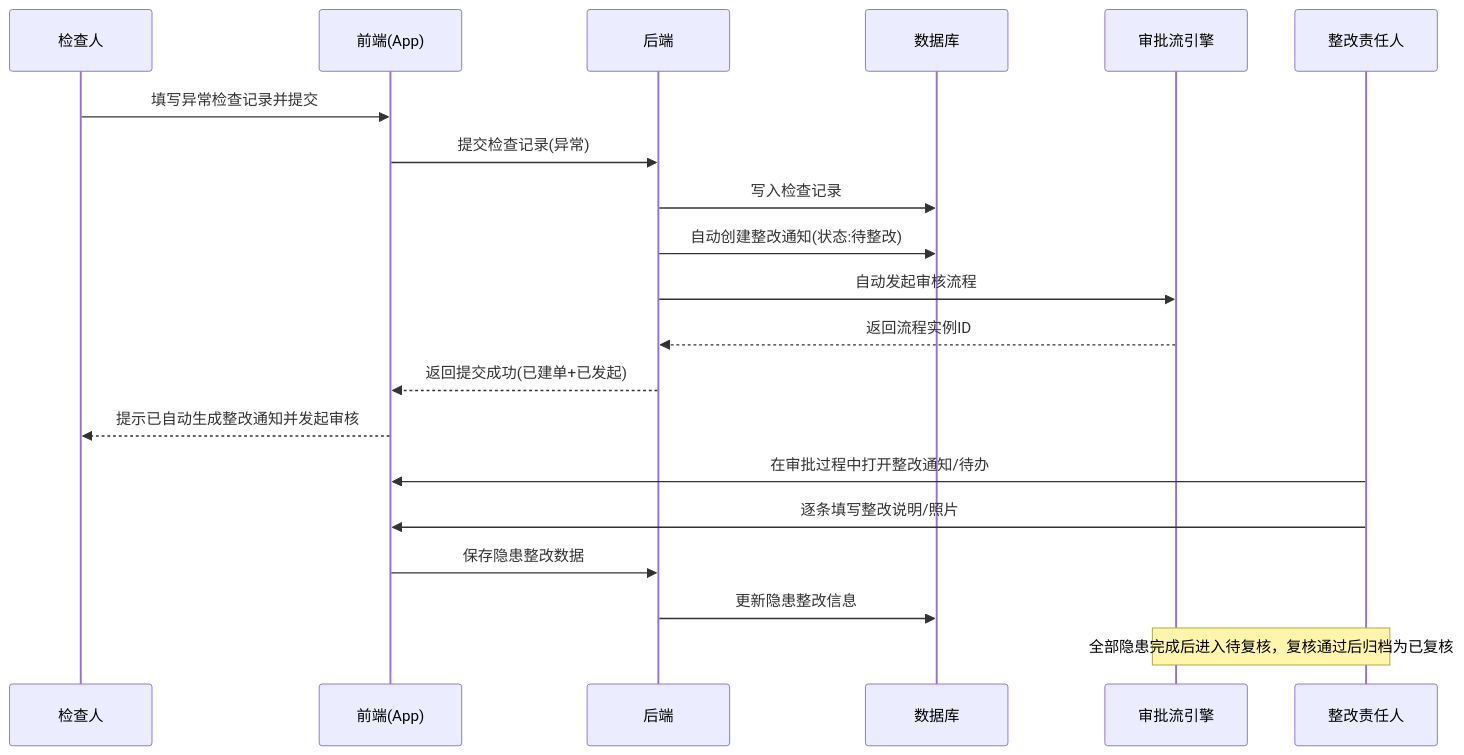
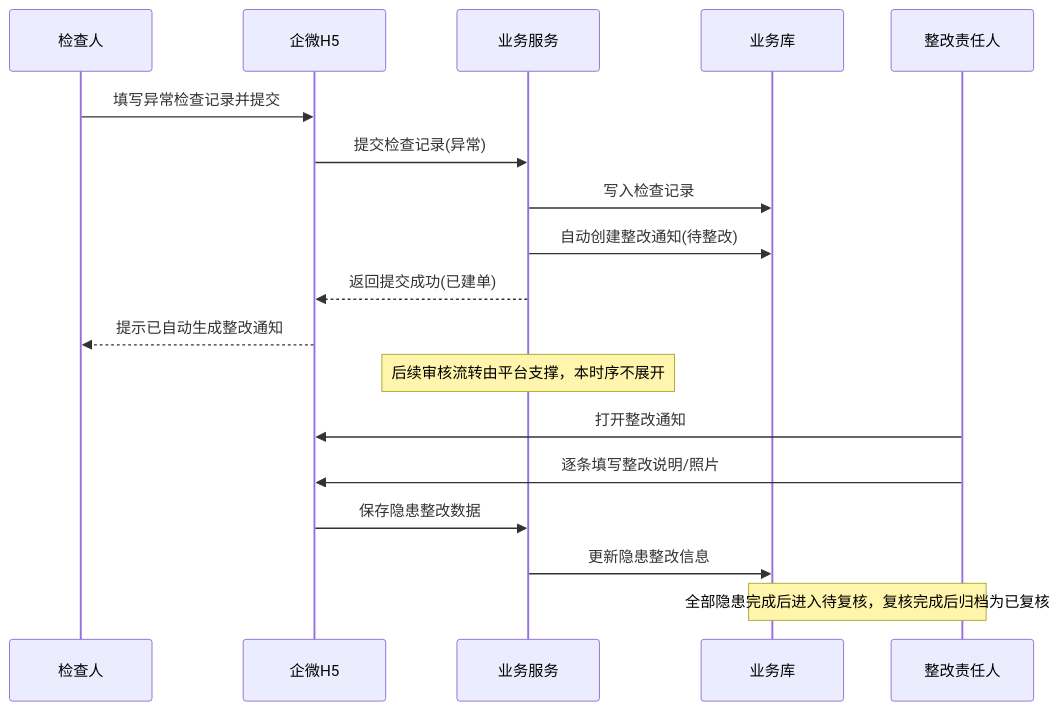
The ninth of 10 diagrams in docs/versions/v1.0.0/prd.md (liaoliao66/SES), drawn with Mermaid before and after one commit. The commit also changed other lines of this file, not shown here.

Commit message:
docs: 按 rulese 规范重写 v1.0.0 PRD（企微H5形态并剥离平台公共能力）

````diff
--- a/docs/versions/v1.0.0/prd.md
+++ b/docs/versions/v1.0.0/prd.md
@@ -198,24 +330,22 @@
 ```mermaid
 sequenceDiagram
   participant C as 检查人
-  participant FE as 前端(App)
-  participant BE as 后端
-  participant DB as 数据库
-  participant WF as 审批流引擎
+  participant H5 as 企微H5
+  participant BE as 业务服务
+  participant DB as 业务库
   participant R as 整改责任人
 
-  C->>FE: 填写异常检查记录并提交
-  FE->>BE: 提交检查记录(异常)
+  C->>H5: 填写异常检查记录并提交
+  H5->>BE: 提交检查记录(异常)
   BE->>DB: 写入检查记录
-  BE->>DB: 自动创建整改通知(状态:待整改)
-  BE->>WF: 自动发起审核流程
-  WF-->>BE: 返回流程实例ID
-  BE-->>FE: 返回提交成功(已建单+已发起)
-  FE-->>C: 提示已自动生成整改通知并发起审核
+  BE->>DB: 自动创建整改通知(待整改)
+  BE-->>H5: 返回提交成功(已建单)
+  H5-->>C: 提示已自动生成整改通知
+  Note over BE: 后续审核流转由平台支撑，本时序不展开
 
-  R->>FE: 在审批过程中打开整改通知/待办
-  R->>FE: 逐条填写整改说明/照片
-  FE->>BE: 保存隐患整改数据
+  R->>H5: 打开整改通知
+  R->>H5: 逐条填写整改说明/照片
+  H5->>BE: 保存隐患整改数据
   BE->>DB: 更新隐患整改信息
-  Note over R,WF: 全部隐患完成后进入待复核，复核通过后归档为已复核
+  Note over R,DB: 全部隐患完成后进入待复核，复核完成后归档为已复核
 ```
````
